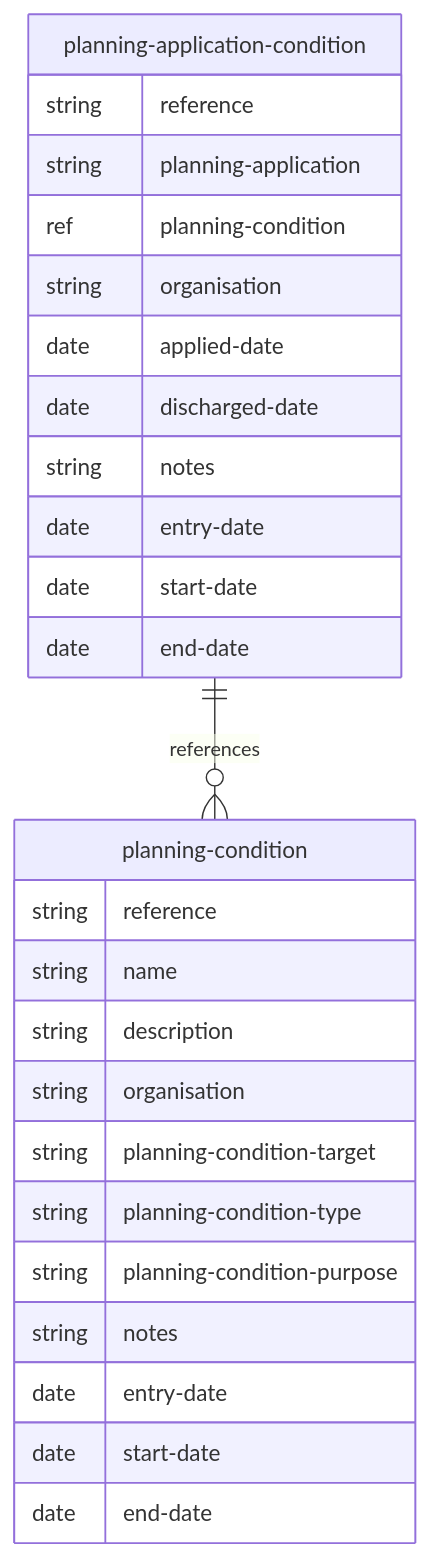
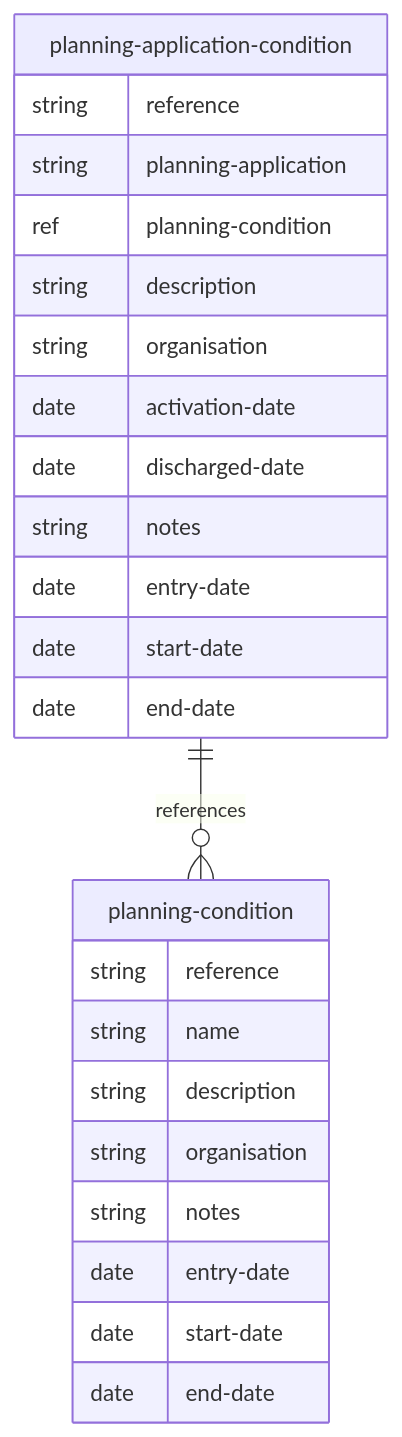
The diagram in mermaid/planning-condition.md (digital-land/specification), drawn with Mermaid before and after one commit. The commit also changed 7 other files, not shown here.

````diff
--- a/mermaid/planning-condition.md
+++ b/mermaid/planning-condition.md
@@ -4,29 +4,27 @@
 ```mermaid
 erDiagram
     planning-condition {
         string reference
         string name
         string description
         string organisation
-        string planning-condition-target
-        string planning-condition-type
-        string planning-condition-purpose
         string notes
         date entry-date
         date start-date
         date end-date
     }
     planning-application-condition {
         string reference
         string planning-application
         ref planning-condition
+        string description
         string organisation
-        date applied-date
+        date activation-date
         date discharged-date
         string notes
         date entry-date
         date start-date
         date end-date
     }
     planning-application-condition ||--o{ planning-condition : references
 ```
````
